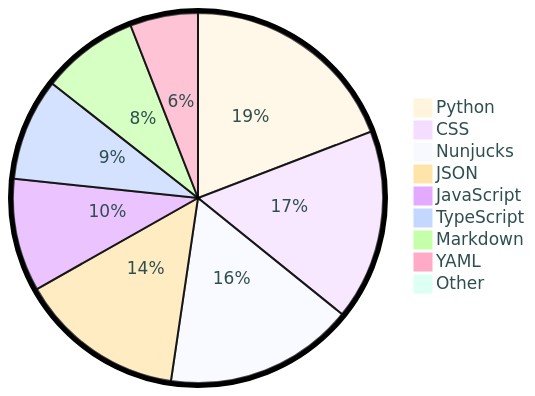
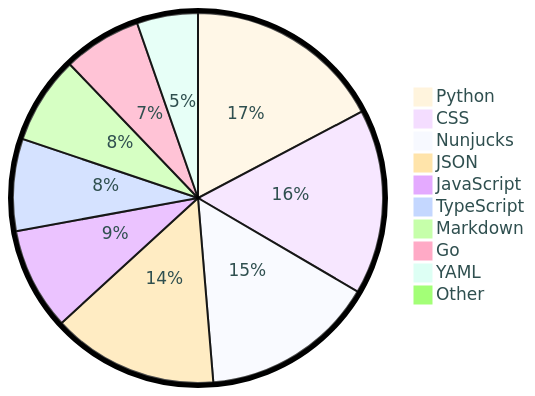
Before and after one commit to tot0p/tot0p: the diagram in README.md, drawn with Mermaid. The commit also changed other lines of this file, not shown here.

````diff
--- a/README.md
+++ b/README.md
@@ -123,13 +125,14 @@
 ```mermaid
 %%{init: {"pie": {"textPosition": 0.5}, "themeVariables": {"pieOuterStrokeWidth": "5px","primaryTextColor" : "#2F4F4F"},"theme":"base"} }%%
 pie
-	"Python": 19.11
-	"CSS": 16.58
-	"Nunjucks": 16.48
-	"JSON": 14.43
-	"JavaScript": 9.82
-	"TypeScript": 8.9
-	"Markdown": 8.45
-	"YAML": 5.91
-	"Other": 0.32
+	"Python": 17.2
+	"CSS": 16.09
+	"Nunjucks": 15.17
+	"JSON": 14.45
+	"JavaScript": 8.89
+	"TypeScript": 8.01
+	"Markdown": 7.63
+	"Go": 6.8
+	"YAML": 5.31
+	"Other": 0.44
 ```
````
